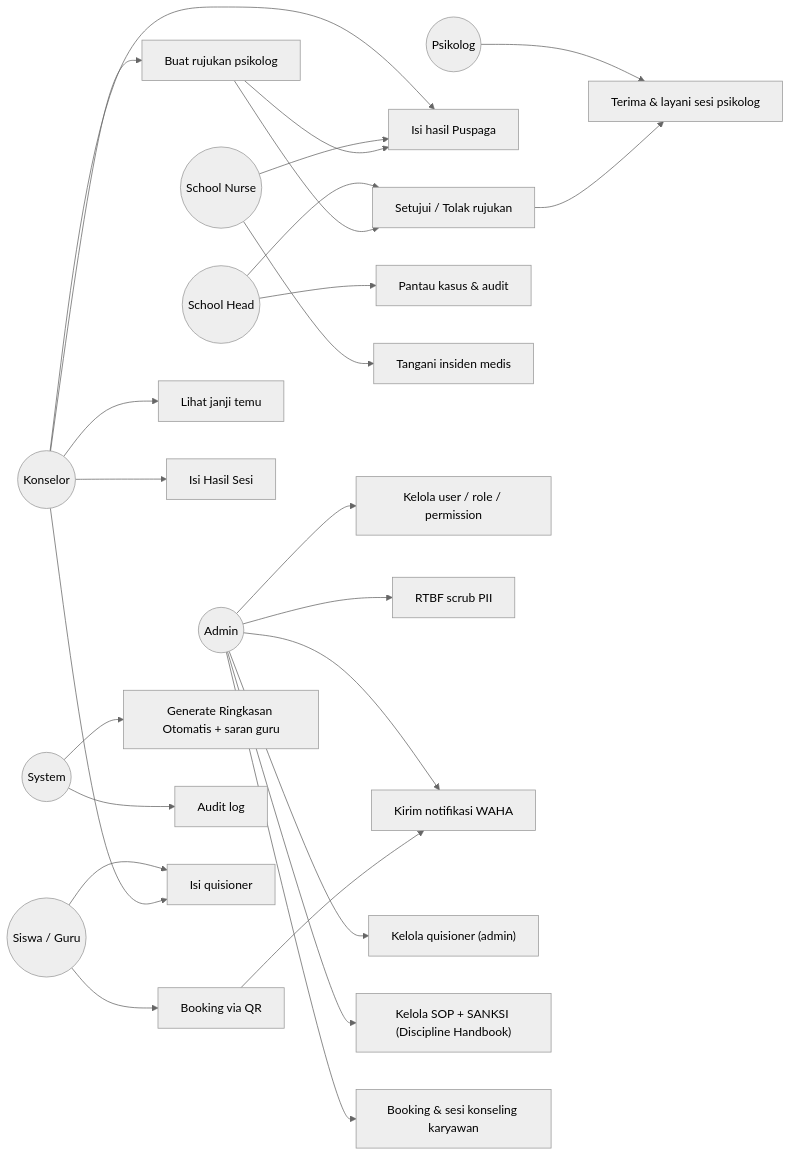
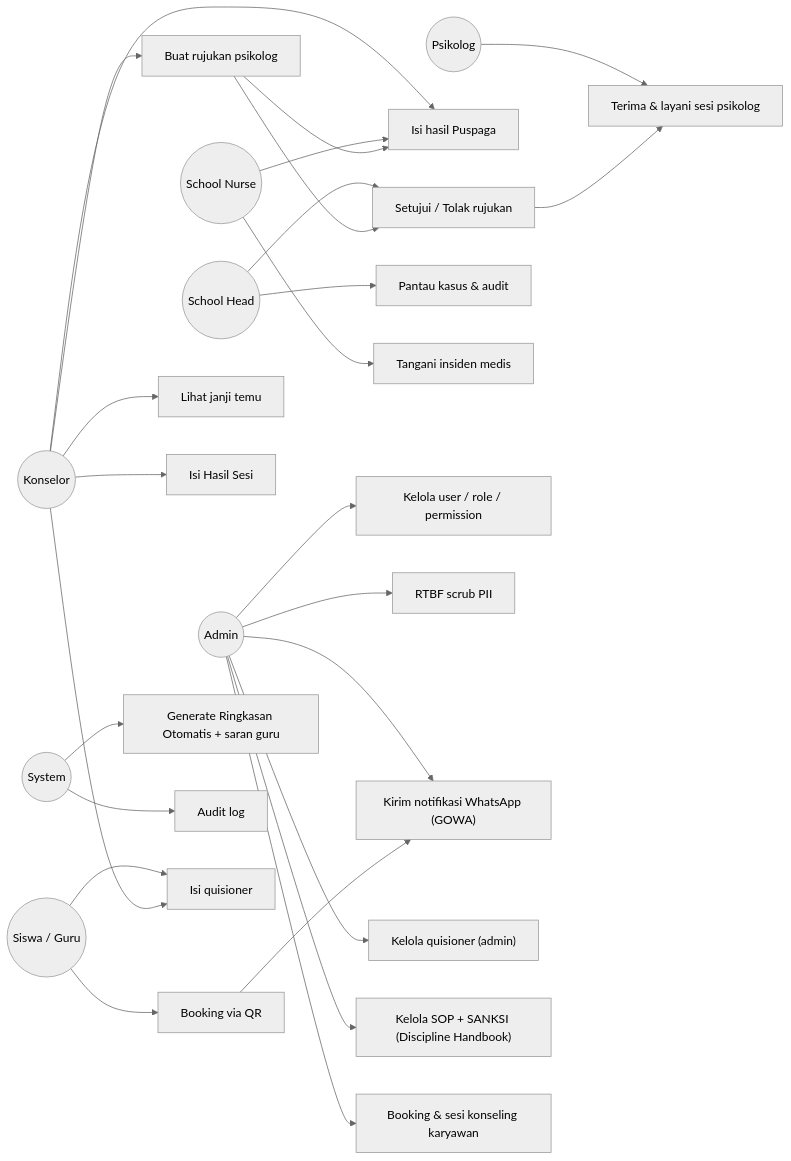
One commit to dedebono/SWIMS-HBICS changed the second of 7 diagrams in README.md. Above: the diagram before and after it, drawn with Mermaid (neutral theme). The commit also changed other lines of this file and 27 other files, not shown here.

Commit message:
feat(notifications): transport WA pindah ke GOWA pusat (ganti WAHA)

````diff
--- a/README.md
+++ b/README.md
@@ -175,42 +175,42 @@
 ```mermaid
 flowchart LR
   SG(("Siswa / Guru"))
   KO(("Konselor"))
   PS(("Psikolog"))
   SH(("School Head"))
   NU(("School Nurse"))
   AD(("Admin"))
   SYS(("System"))
 
   UC0["Booking via QR"]
   UC2["Lihat janji temu"]
   UC3["Isi Hasil Sesi"]
   UC4["Buat rujukan psikolog"]
   UC5["Isi hasil Puspaga"]
   UC6["Terima & layani sesi psikolog"]
   UC7["Setujui / Tolak rujukan"]
   UC8["Pantau kasus & audit"]
   UC9["Tangani insiden medis"]
   UC10["Kelola user / role / permission"]
   UC11["RTBF scrub PII"]
-  UC12["Kirim notifikasi WAHA"]
+  UC12["Kirim notifikasi WhatsApp (GOWA)"]
   UC13["Generate Ringkasan Otomatis + saran guru"]
   UC14["Audit log"]
   UC15["Kelola quisioner (admin)"]
   UC16["Isi quisioner"]
   UC18["Kelola SOP + SANKSI (Discipline Handbook)"]
   UC19["Booking & sesi konseling karyawan"]
 
   SG --> UC0 & UC16
   KO --> UC2 & UC3 & UC4 & UC5 & UC16
   PS --> UC6
   SH --> UC7 & UC8
   NU --> UC9 & UC5
   AD --> UC10 & UC11 & UC12 & UC15 & UC18 & UC19
   SYS --> UC13 & UC14
 
   UC0 --> UC12
   UC4 --> UC7
   UC7 --> UC6
   UC4 --> UC5
 ```
````
